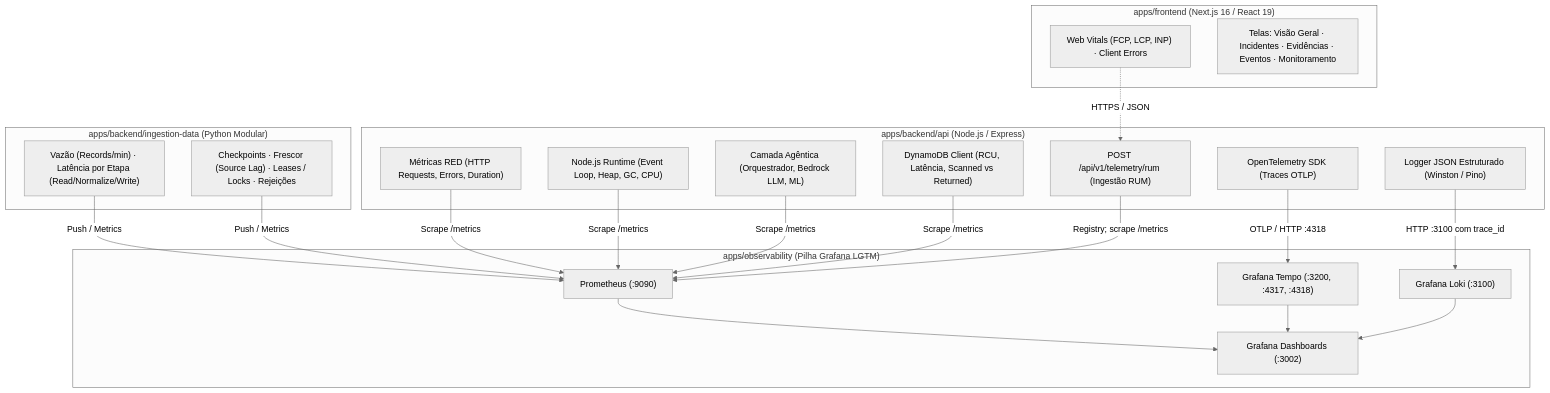
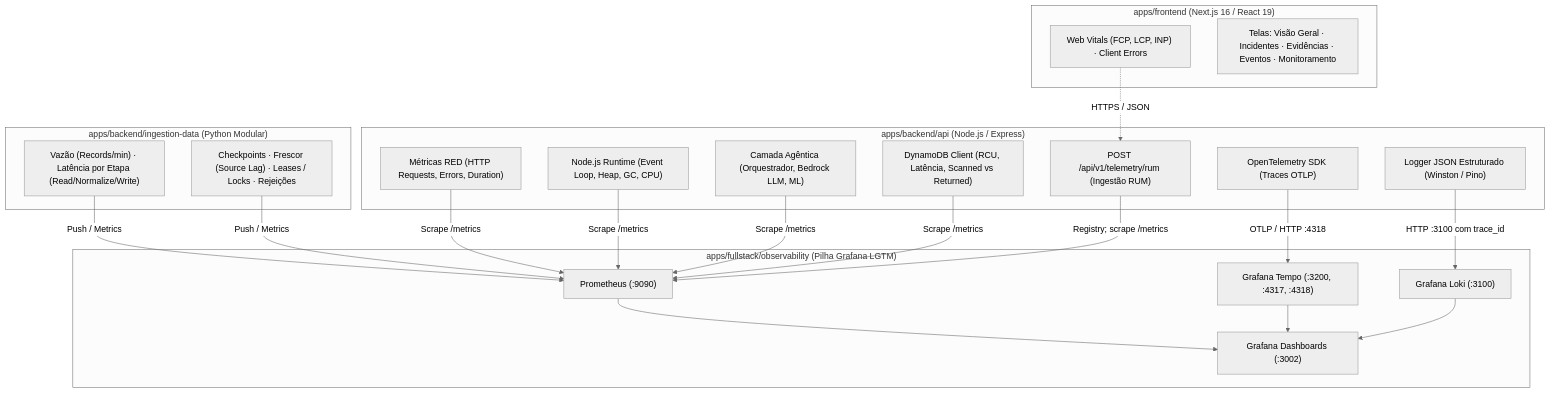
The diagram in artefatos/sprint3/mapeamento-metricas-observabilidade.md (guedesrayssa/viewshow-ai-observability), drawn with Mermaid (neutral theme) before and after one commit. The commit also changed other lines of this file and 43 other files, not shown here.

````diff
--- a/artefatos/sprint3/mapeamento-metricas-observabilidade.md
+++ b/artefatos/sprint3/mapeamento-metricas-observabilidade.md
@@ -104,45 +104,45 @@
 ```mermaid
 flowchart TD
     subgraph FRONTEND["apps/frontend (Next.js 16 / React 19)"]
         FE_RUM["Web Vitals (FCP, LCP, INP) · Client Errors"]
         FE_VIEWS["Telas: Visão Geral · Incidentes · Evidências · Eventos · Monitoramento"]
     end
 
     subgraph BACKEND_API["apps/backend/api (Node.js / Express)"]
         API_RED["Métricas RED (HTTP Requests, Errors, Duration)"]
         API_RUNTIME["Node.js Runtime (Event Loop, Heap, GC, CPU)"]
         API_AGENT["Camada Agêntica (Orquestrador, Bedrock LLM, ML)"]
         API_DB["DynamoDB Client (RCU, Latência, Scanned vs Returned)"]
         API_RUM["POST /api/v1/telemetry/rum (Ingestão RUM)"]
         API_OTEL["OpenTelemetry SDK (Traces OTLP)"]
         API_LOGS["Logger JSON Estruturado (Winston / Pino)"]
     end
 
     subgraph INGESTION["apps/backend/ingestion-data (Python Modular)"]
         ING_METRICS["Vazão (Records/min) · Latência por Etapa (Read/Normalize/Write)"]
         ING_HEALTH["Checkpoints · Frescor (Source Lag) · Leases / Locks · Rejeições"]
     end
 
-    subgraph OBS["apps/observability (Pilha Grafana LGTM)"]
+    subgraph OBS["apps/fullstack/observability (Pilha Grafana LGTM)"]
         PROM["Prometheus (:9090)"]
         TEMPO["Grafana Tempo (:3200, :4317, :4318)"]
         LOKI["Grafana Loki (:3100)"]
         GRAFANA["Grafana Dashboards (:3002)"]
     end
 
     API_RED -->|Scrape /metrics| PROM
     API_RUNTIME -->|Scrape /metrics| PROM
     API_AGENT -->|Scrape /metrics| PROM
     API_DB -->|Scrape /metrics| PROM
     API_RUM -->|Registry; scrape /metrics| PROM
     ING_METRICS -->|Push / Metrics| PROM
     ING_HEALTH -->|Push / Metrics| PROM
 
     API_OTEL -->|OTLP / HTTP :4318| TEMPO
     API_LOGS -->|HTTP :3100 com trace_id| LOKI
     FE_RUM -.->|HTTPS / JSON| API_RUM
 
     PROM --> GRAFANA
     TEMPO --> GRAFANA
     LOKI --> GRAFANA
 ```
````
